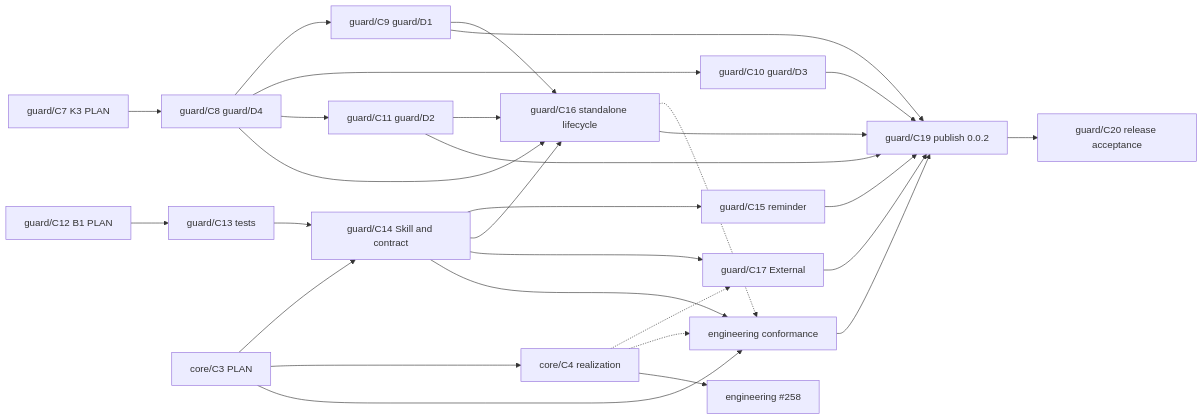
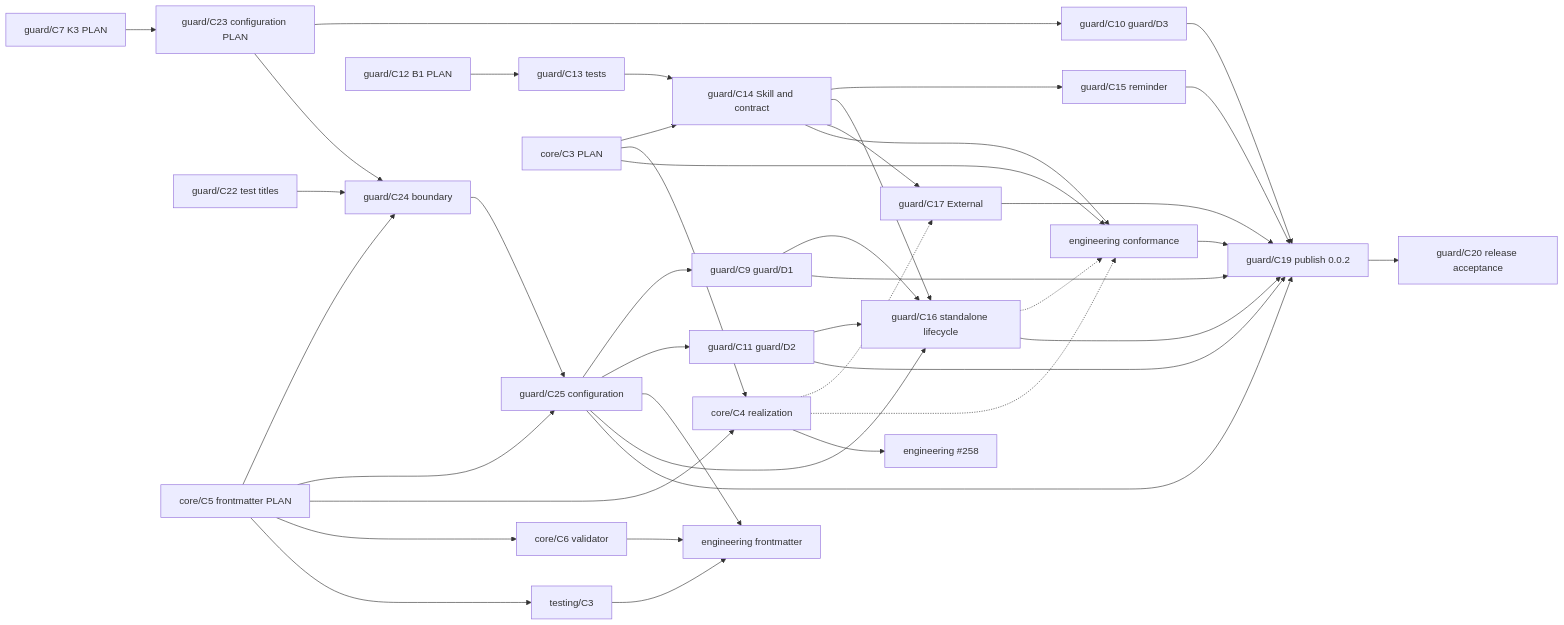
Before and after one commit to Kai-Hacks-AI/KAAL: the diagram in engineering/guard/change.md, drawn with Mermaid. The commit also changed other lines of this file and 5 other files, not shown here.

First line of the commit message:
guard/C23: plan Guard's 0.0.2 configuration (.kaal/config/guard/, retract guard/D4) (#339)

````diff
--- a/engineering/guard/change.md
+++ b/engineering/guard/change.md
@@ -126,31 +171,43 @@
 ```mermaid
 graph LR
-  C7[guard/C7 K3 PLAN] --> C8[guard/C8 guard/D4]
-  C8 --> C9[guard/C9 guard/D1]
-  C8 --> C10[guard/C10 guard/D3]
-  C8 --> C11[guard/C11 guard/D2]
+  C7[guard/C7 K3 PLAN] --> C23[guard/C23 configuration PLAN]
+  C25 --> C9[guard/C9 guard/D1]
+  C23 --> C10[guard/C10 guard/D3]
+  C25 --> C11[guard/C11 guard/D2]
+  C22[guard/C22 test titles] --> C24[guard/C24 boundary]
+  C23 --> C24
+  C24 --> C25[guard/C25 configuration]
+  FM5 --> C24
+  FM5 --> C25
+  C25 --> FE
   C12[guard/C12 B1 PLAN] --> C13[guard/C13 tests]
   C13 --> C14[guard/C14 Skill and contract]
   CP[core/C3 PLAN] --> C14
   C14 --> C15[guard/C15 reminder]
   C14 --> C16[guard/C16 standalone lifecycle]
-  C8 --> C16
+  C25 --> C16
   C9 --> C16
   C11 --> C16
   C14 --> C17[guard/C17 External]
   CP --> CR[core/C4 realization]
+  FM5[core/C5 frontmatter PLAN] --> CR
+  FM5 --> FM6[core/C6 validator]
+  FM5 --> TT[testing/C3]
+  FM6 --> FE[engineering frontmatter]
+  TT --> FE
   CR -.-> C17
   C14 --> EC[engineering conformance]
   CP --> EC
   C16 -.-> EC
   CR -.-> EC
   CR --> EA[engineering #258]
   C9 --> C19[guard/C19 publish 0.0.2]
   C10 --> C19
   C11 --> C19
   C15 --> C19
   C16 --> C19
+  C25 --> C19
   C17 --> C19
   EC --> C19
   C19 --> C20[guard/C20 release acceptance]
 ```
````
